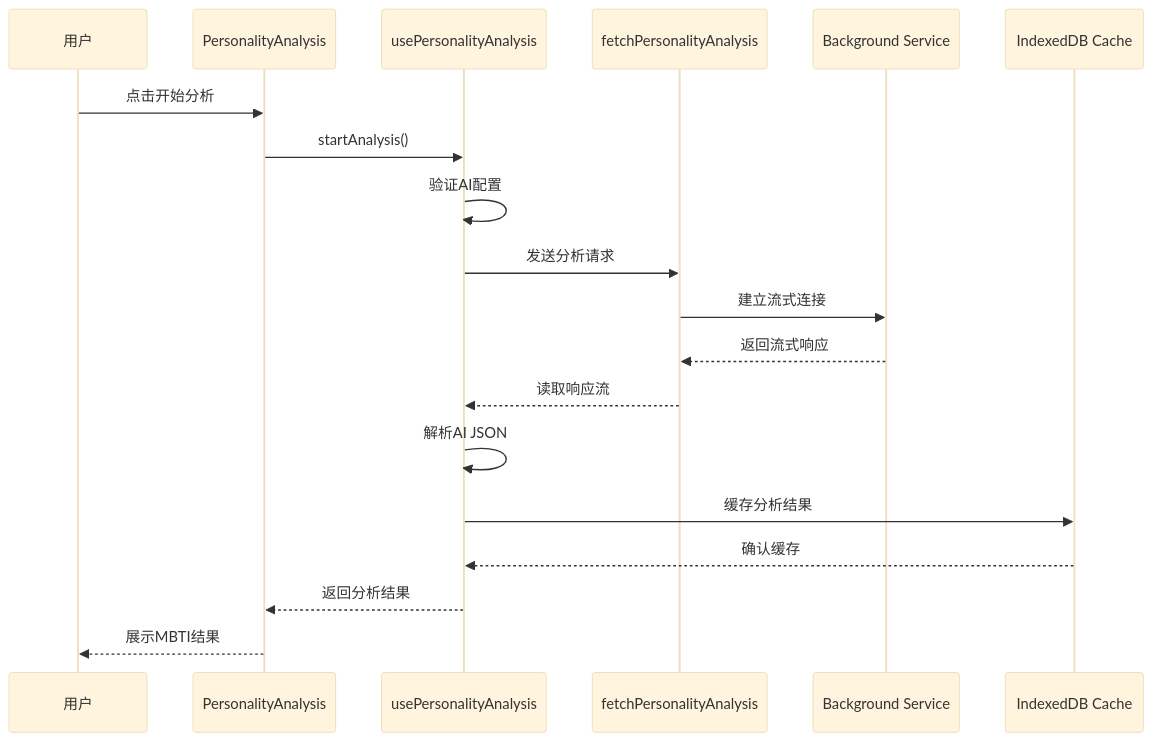
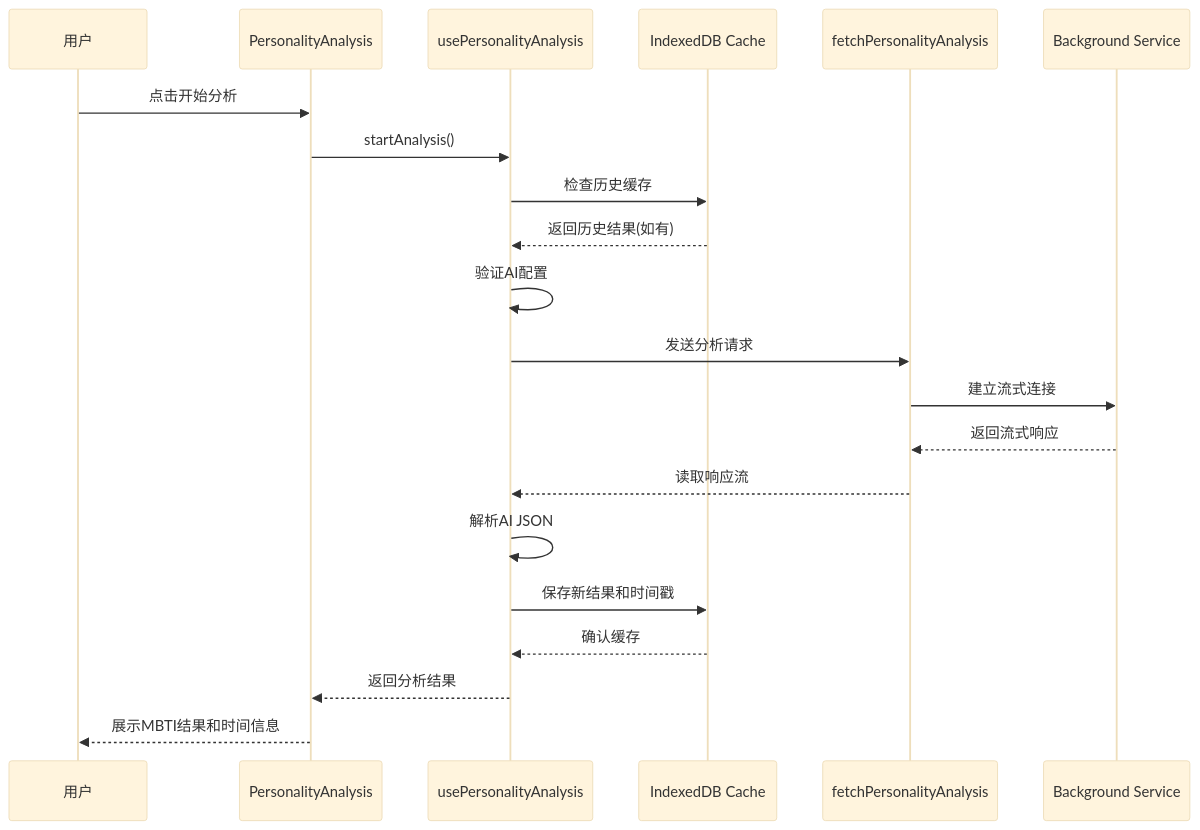
The second of 8 diagrams in .qoder/repowiki/zh/content/核心功能模块/智能分析系统/MBTI人格分析系统.md (RadiumAg/bilibili-favorites), drawn with Mermaid (base theme) before and after one commit. The commit also changed other lines of this file and 47 other files, not shown here.

````diff
--- a/.qoder/repowiki/zh/content/核心功能模块/智能分析系统/MBTI人格分析系统.md
+++ b/.qoder/repowiki/zh/content/核心功能模块/智能分析系统/MBTI人格分析系统.md
@@ -129,21 +154,23 @@
 ```mermaid
 sequenceDiagram
 participant User as 用户
 participant UI as PersonalityAnalysis
 participant Hook as usePersonalityAnalysis
+participant Cache as IndexedDB Cache
 participant API as fetchPersonalityAnalysis
 participant BG as Background Service
-participant Cache as IndexedDB Cache
 User->>UI : 点击开始分析
 UI->>Hook : startAnalysis()
+Hook->>Cache : 检查历史缓存
+Cache-->>Hook : 返回历史结果(如有)
 Hook->>Hook : 验证AI配置
 Hook->>API : 发送分析请求
 API->>BG : 建立流式连接
 BG-->>API : 返回流式响应
 API-->>Hook : 读取响应流
 Hook->>Hook : 解析AI JSON
-Hook->>Cache : 缓存分析结果
+Hook->>Cache : 保存新结果和时间戳
 Cache-->>Hook : 确认缓存
 Hook-->>UI : 返回分析结果
-UI-->>User : 展示MBTI结果
+UI-->>User : 展示MBTI结果和时间信息
 ```
````
